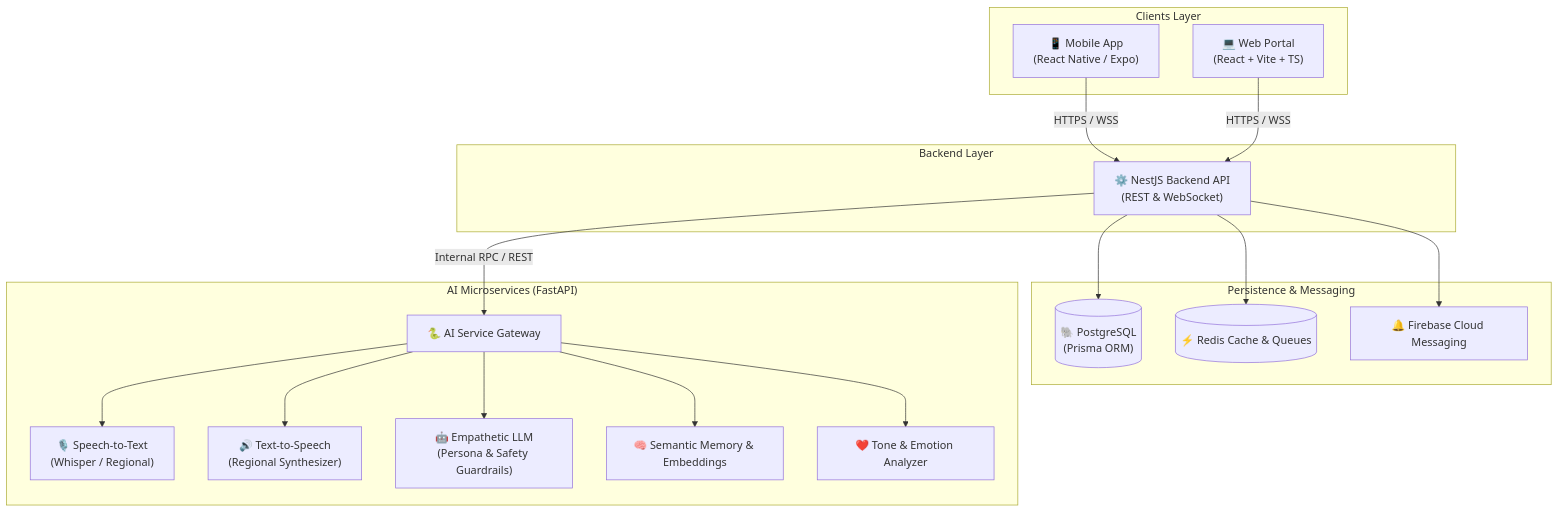
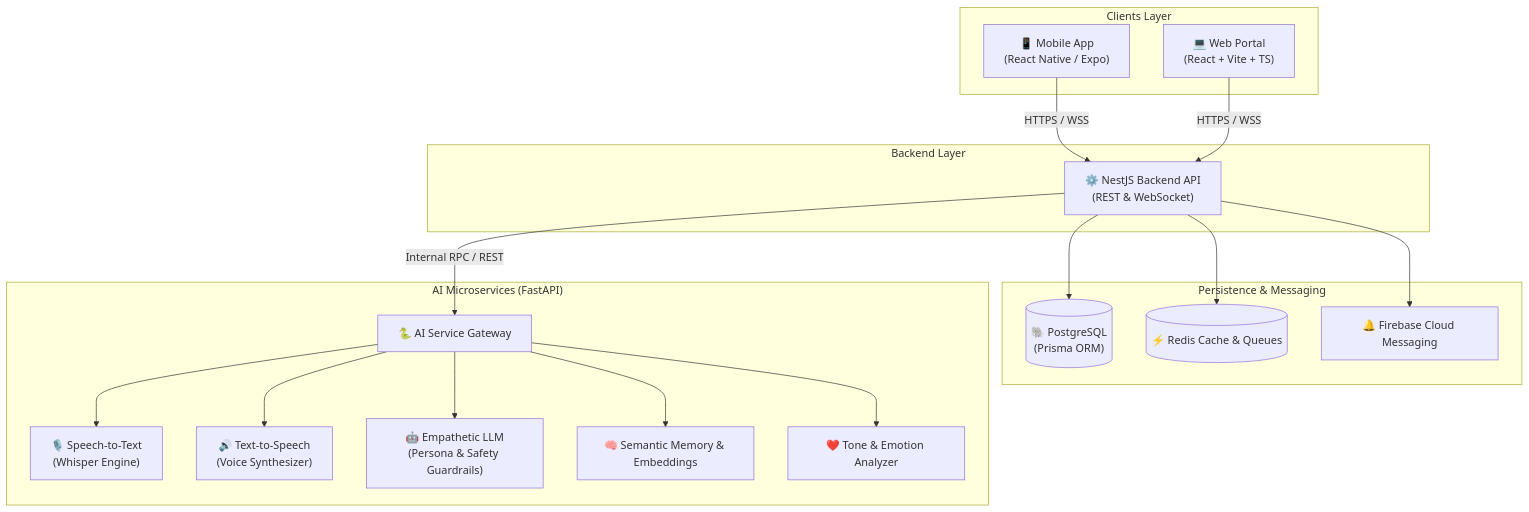
Before and after one commit to yukesh4349/Granny: the first of 2 diagrams in README.md, drawn with Mermaid. The commit also changed other lines of this file, not shown here.

````diff
--- a/README.md
+++ b/README.md
@@ -63,40 +63,40 @@
 ```mermaid
 graph TD
     subgraph Clients["Clients Layer"]
         Mobile["📱 Mobile App<br/>(React Native / Expo)"]
         Web["💻 Web Portal<br/>(React + Vite + TS)"]
     end
 
     subgraph Gateway["Backend Layer"]
         Nest["⚙️ NestJS Backend API<br/>(REST & WebSocket)"]
     end
 
     subgraph Data["Persistence & Messaging"]
         Postgres[("🐘 PostgreSQL<br/>(Prisma ORM)")]
         Redis[("⚡ Redis Cache & Queues")]
         FCM["🔔 Firebase Cloud Messaging"]
     end
 
     subgraph AI["AI Microservices (FastAPI)"]
         FastAPI["🐍 AI Service Gateway"]
-        STT["🎙️ Speech-to-Text<br/>(Whisper / Regional)"]
-        TTS["🔊 Text-to-Speech<br/>(Regional Synthesizer)"]
+        STT["🎙️ Speech-to-Text<br/>(Whisper Engine)"]
+        TTS["🔊 Text-to-Speech<br/>(Voice Synthesizer)"]
         LLM["🤖 Empathetic LLM<br/>(Persona & Safety Guardrails)"]
         VectorDB["🧠 Semantic Memory & Embeddings"]
         Emotion["❤️ Tone & Emotion Analyzer"]
     end
 
     Mobile -->|HTTPS / WSS| Nest
     Web -->|HTTPS / WSS| Nest
 
     Nest --> Postgres
     Nest --> Redis
     Nest --> FCM
     Nest -->|Internal RPC / REST| FastAPI
 
     FastAPI --> STT
     FastAPI --> TTS
     FastAPI --> LLM
     FastAPI --> VectorDB
     FastAPI --> Emotion
 ```
````
